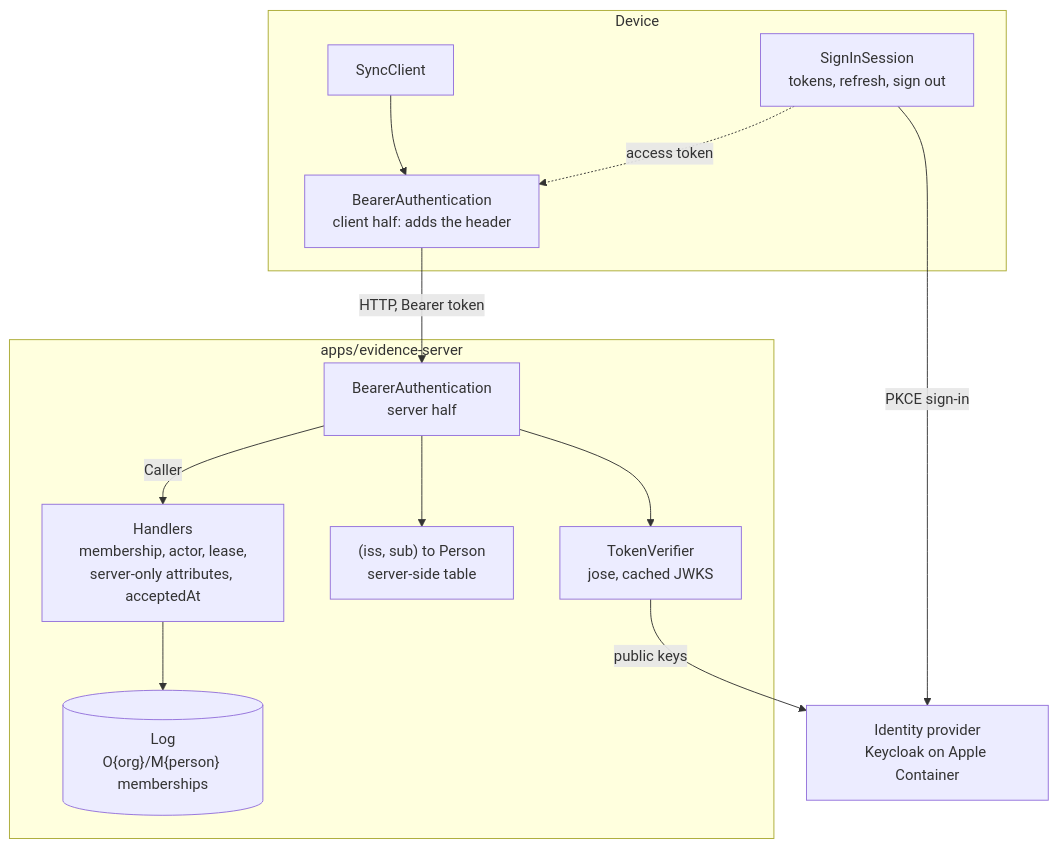
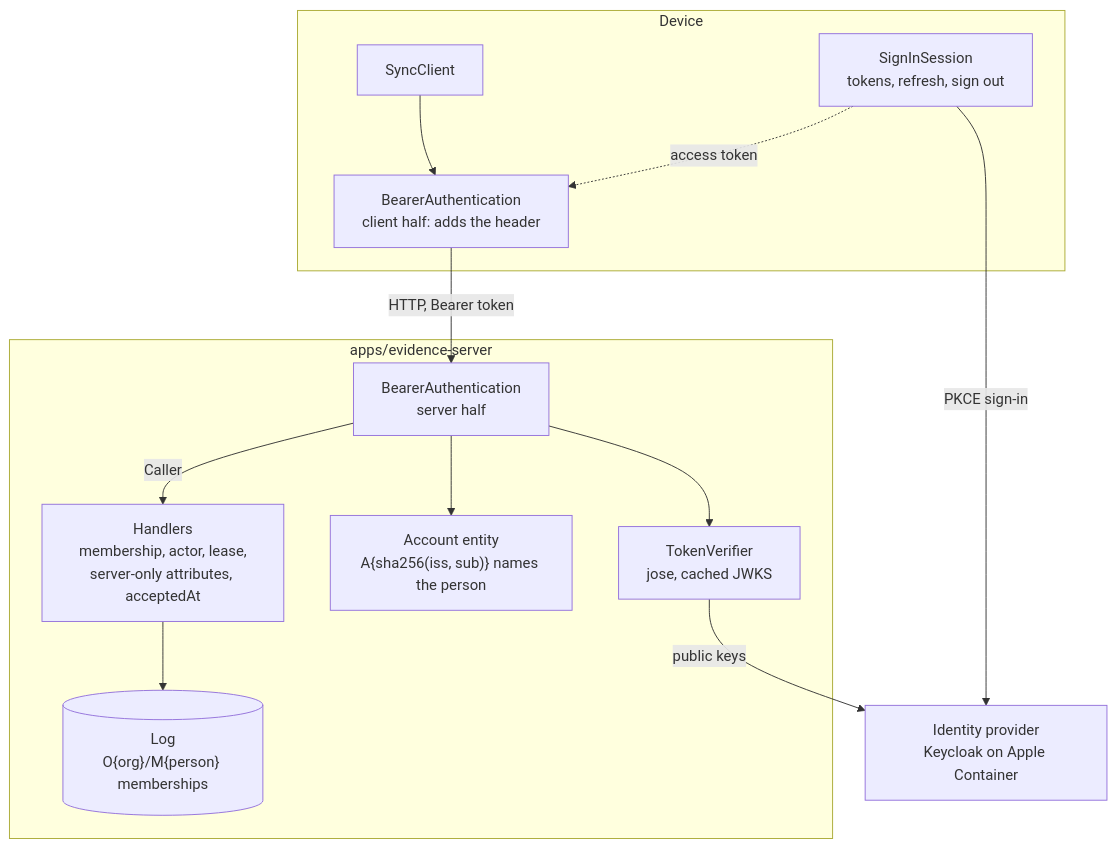
Before and after one commit to pietgk/viviefs: the diagram in docs/evidence/p11-design-review.md, drawn with Mermaid. The commit also changed other lines of this file and 5 other files, not shown here.

First line of the commit message:
Keep the account-to-person mapping in the log, not a separate table.

````diff
--- a/docs/evidence/p11-design-review.md
+++ b/docs/evidence/p11-design-review.md
@@ -45,25 +46,25 @@
 ```mermaid
 flowchart TB
   subgraph DEV["Device"]
     SS["SignInSession<br/>tokens, refresh, sign out"]
     SC["SyncClient"]
     CM["BearerAuthentication<br/>client half: adds the header"]
     SC --> CM
     SS -. "access token" .-> CM
   end
   KC["Identity provider<br/>Keycloak on Apple Container"]
   subgraph SRV["apps/evidence-server"]
     BA["BearerAuthentication<br/>server half"]
     TV["TokenVerifier<br/>jose, cached JWKS"]
-    PM["(iss, sub) to Person<br/>server-side table"]
+    PM["Account entity<br/>A{sha256(iss, sub)} names the person"]
     H["Handlers<br/>membership, actor, lease,<br/>server-only attributes, acceptedAt"]
     LOG[("Log<br/>O{org}/M{person} memberships")]
     BA --> TV
     BA --> PM
     BA -- "Caller" --> H
     H --> LOG
   end
   SS -- "PKCE sign-in" --> KC
   CM -- "HTTP, Bearer token" --> BA
   TV -- "public keys" --> KC
 ```
````
